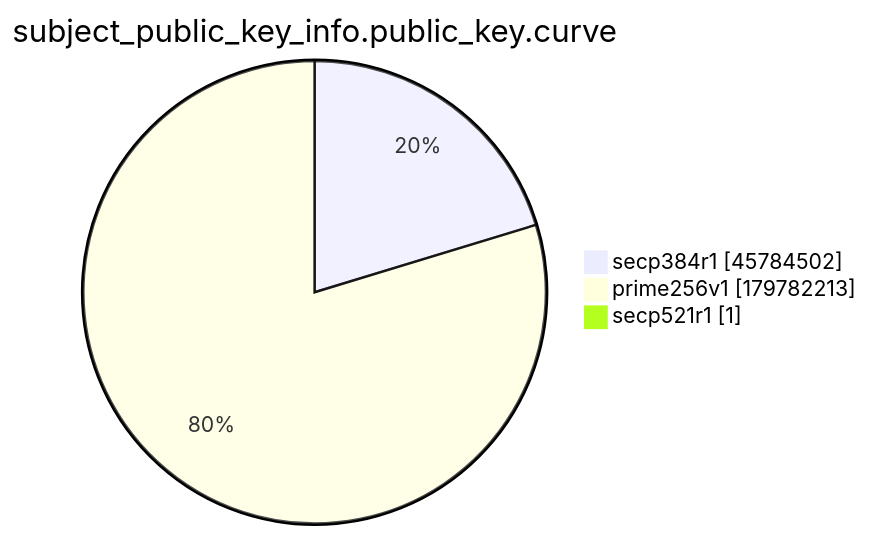
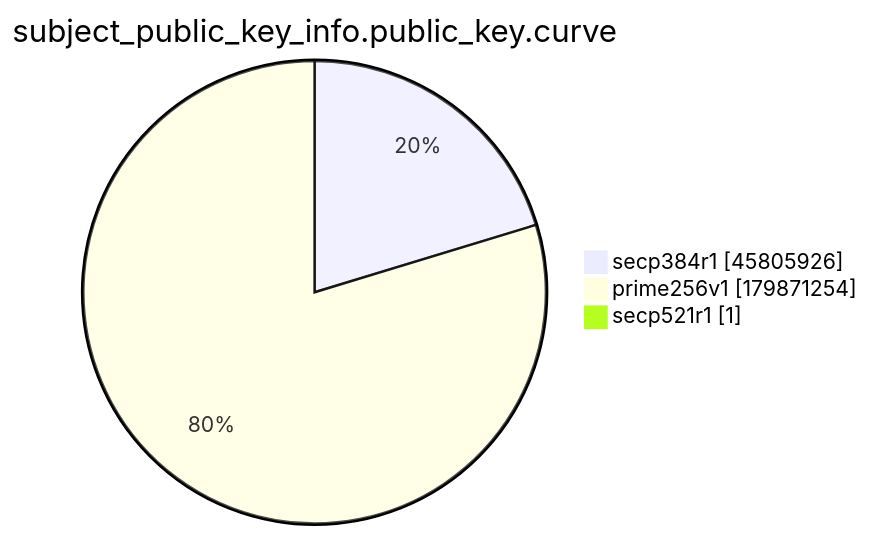
Before and after one commit to christiankrug/ctmonitor_visualization: the ninth of 15 diagrams in xenon2022/README.md, drawn with Mermaid. The commit also changed other lines of this file, not shown here.

````diff
--- a/xenon2022/README.md
+++ b/xenon2022/README.md
@@ -2873,7 +2873,7 @@
 ```mermaid
 pie showData
 title subject_public_key_info.public_key.curve
-"secp384r1" :45784502
-"prime256v1" :179782213
+"secp384r1" :45805926
+"prime256v1" :179871254
 "secp521r1" :1
 ```
````
